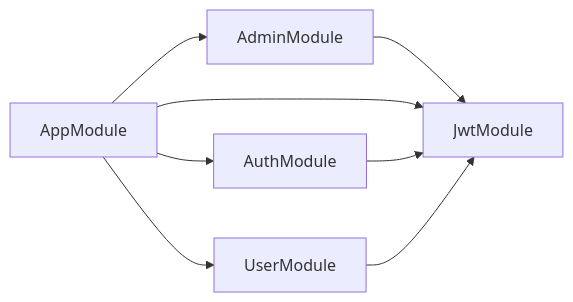
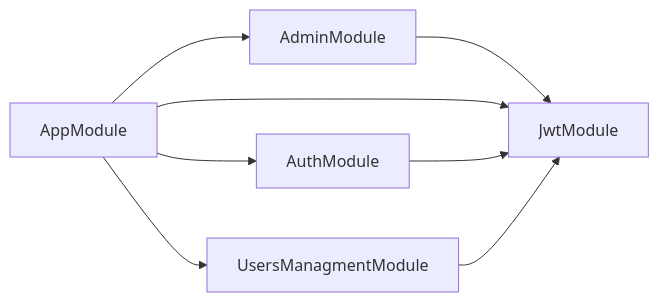
One commit to Mahmoudgalalz/crcl-service changed the diagram in deps.mermaid. Above: the diagram before and after it, drawn with Mermaid. The commit also changed 16 other files, not shown here.

```diff
--- a/deps.mermaid
+++ b/deps.mermaid
@@ -1,8 +1,8 @@
 graph LR
   AdminModule-->JwtModule
   AppModule-->AdminModule
   AppModule-->AuthModule
   AppModule-->JwtModule
-  AppModule-->UserModule
+  AppModule-->UsersManagmentModule
   AuthModule-->JwtModule
-  UserModule-->JwtModule
+  UsersManagmentModule-->JwtModule
```
